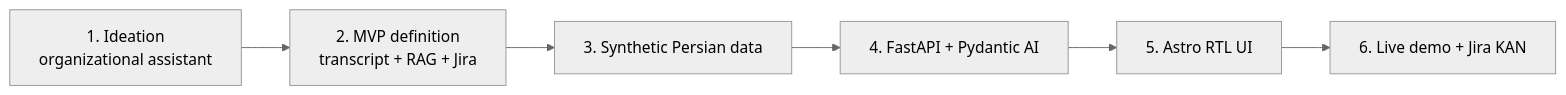
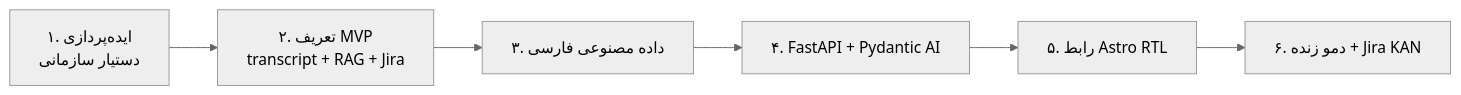
Before and after one commit to Rvin-zh/meeting-assistant: the diagram in docs/diagrams/01-project-overview-0.mmd, drawn with Mermaid (neutral theme). The commit also changed 35 other files, not shown here.

```diff
--- a/docs/diagrams/01-project-overview-0.mmd
+++ b/docs/diagrams/01-project-overview-0.mmd
@@ -1,8 +1,8 @@
 flowchart LR
-    I1["1. Ideation<br/>organizational assistant"]
-    I2["2. MVP definition<br/>transcript + RAG + Jira"]
-    I3["3. Synthetic Persian data"]
-    I4["4. FastAPI + Pydantic AI"]
-    I5["5. Astro RTL UI"]
-    I6["6. Live demo + Jira KAN"]
+    I1["۱. ایده‌پردازی<br/>دستیار سازمانی"]
+    I2["۲. تعریف MVP<br/>transcript + RAG + Jira"]
+    I3["۳. داده مصنوعی فارسی"]
+    I4["۴. FastAPI + Pydantic AI"]
+    I5["۵. رابط Astro RTL"]
+    I6["۶. دمو زنده + Jira KAN"]
     I1 --> I2 --> I3 --> I4 --> I5 --> I6
```
